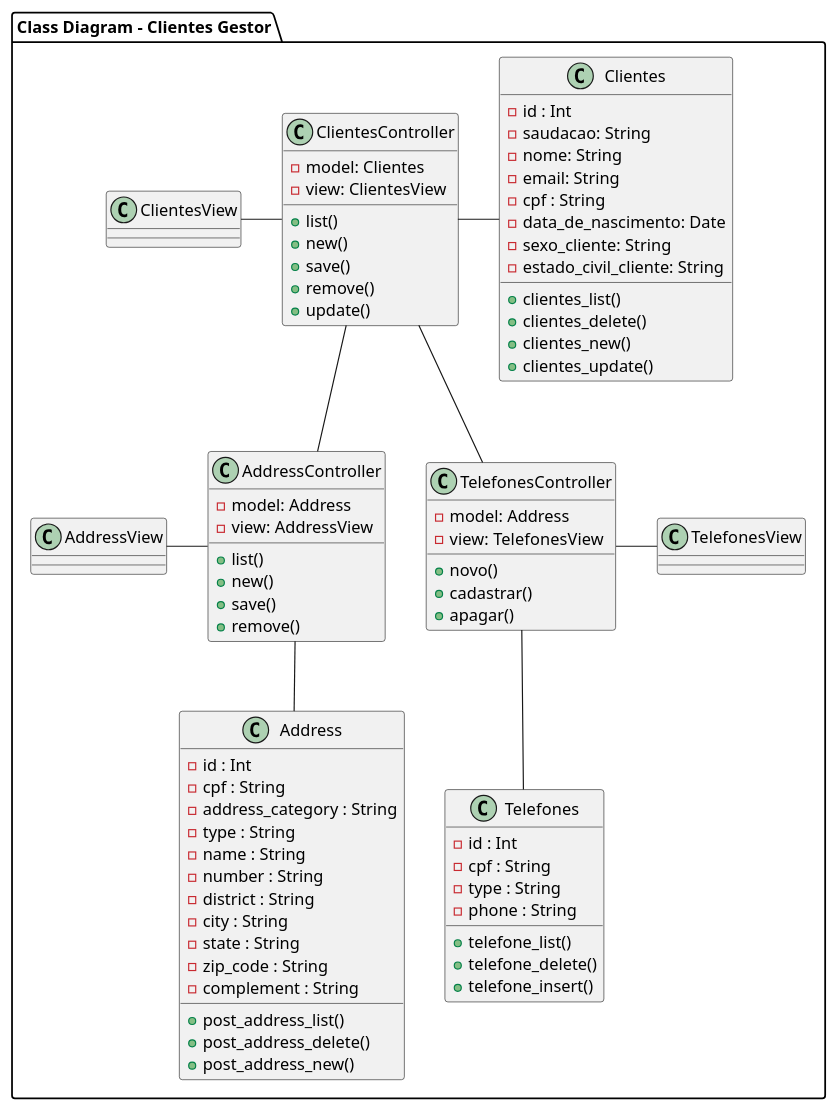
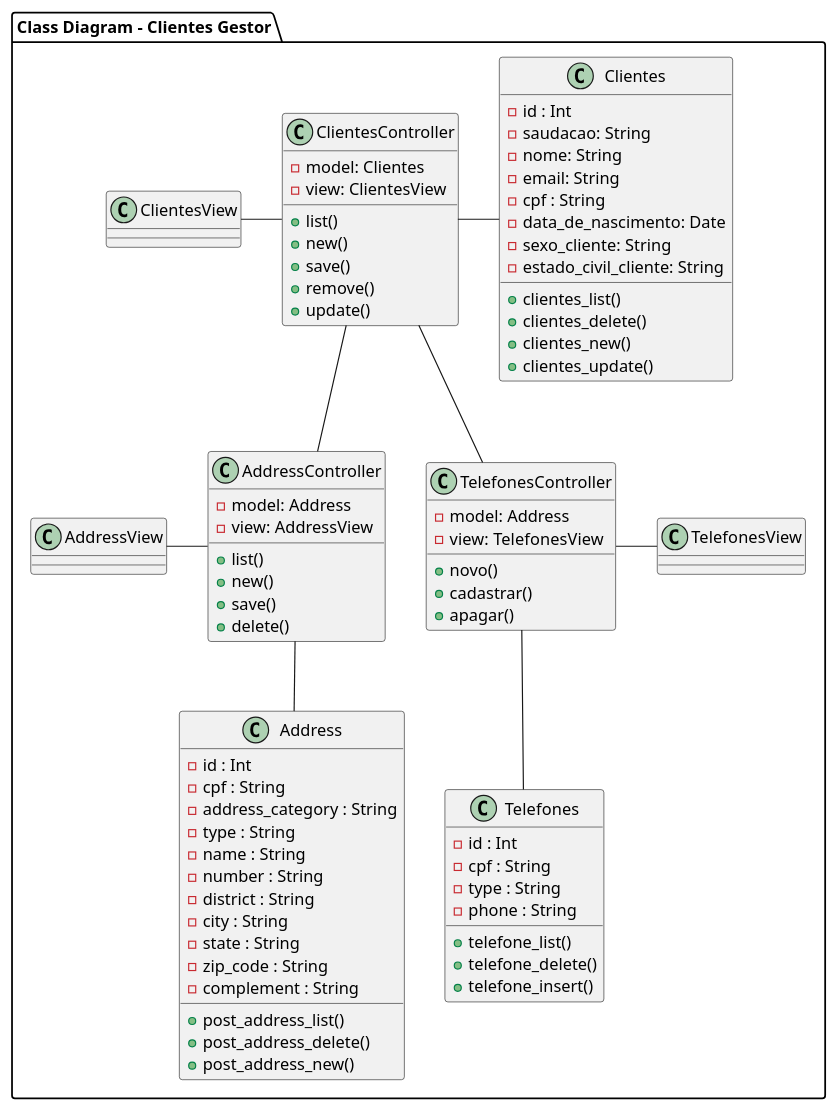
The diagram in modelagem/diagrama_de_classe.plantuml (douglascarlos-dev/Clientes-Gestor), drawn with PlantUML before and after one commit. The commit also changed 2 other files, not shown here.

```diff
--- a/modelagem/diagrama_de_classe.plantuml
+++ b/modelagem/diagrama_de_classe.plantuml
@@ -1,88 +1,88 @@
 @startuml Class Diagram
 
 package "Class Diagram - Clientes Gestor" {
 
 ClientesController -left- ClientesView
 ClientesController -right- Clientes
 ClientesController -- AddressController
 ClientesController -- TelefonesController
 
 AddressController -left- AddressView
 AddressController -- Address
 
 TelefonesController -right- TelefonesView
 TelefonesController -- Telefones
 
 class ClientesController {
     -model: Clientes
     -view: ClientesView
     +list()
     +new()
     +save()
     +remove()
     +update()
 }
 
 class Clientes {
     -id : Int
     -saudacao: String
     -nome: String
     -email: String
     -cpf : String
     -data_de_nascimento: Date
     -sexo_cliente: String
     -estado_civil_cliente: String
     +clientes_list()
     +clientes_delete()
     +clientes_new()
     +clientes_update()
 }
 
 class AddressController {
     -model: Address
     -view: AddressView
     +list()
     +new()
     +save()
-    +remove()
+    +delete()
 }
 
 class TelefonesController {
     -model: Address
     -view: TelefonesView
     +novo()
     +cadastrar()
     +apagar()
 }
 
 class Address {
     -id : Int
     -cpf : String
     -address_category : String
     -type : String
     -name : String
     -number : String
     -district : String
     -city : String
     -state : String
     -zip_code : String
     -complement : String
     +post_address_list()
     +post_address_delete()
     +post_address_new()
 }
 
 class Telefones {
     -id : Int
     -cpf : String
     -type : String
     -phone : String
     +telefone_list()
     +telefone_delete()
     +telefone_insert()
 }
 
 class AddressView {
 }
 
 @enduml
```
